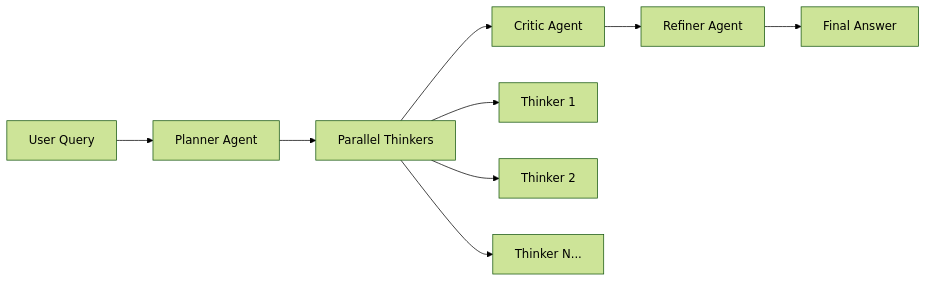
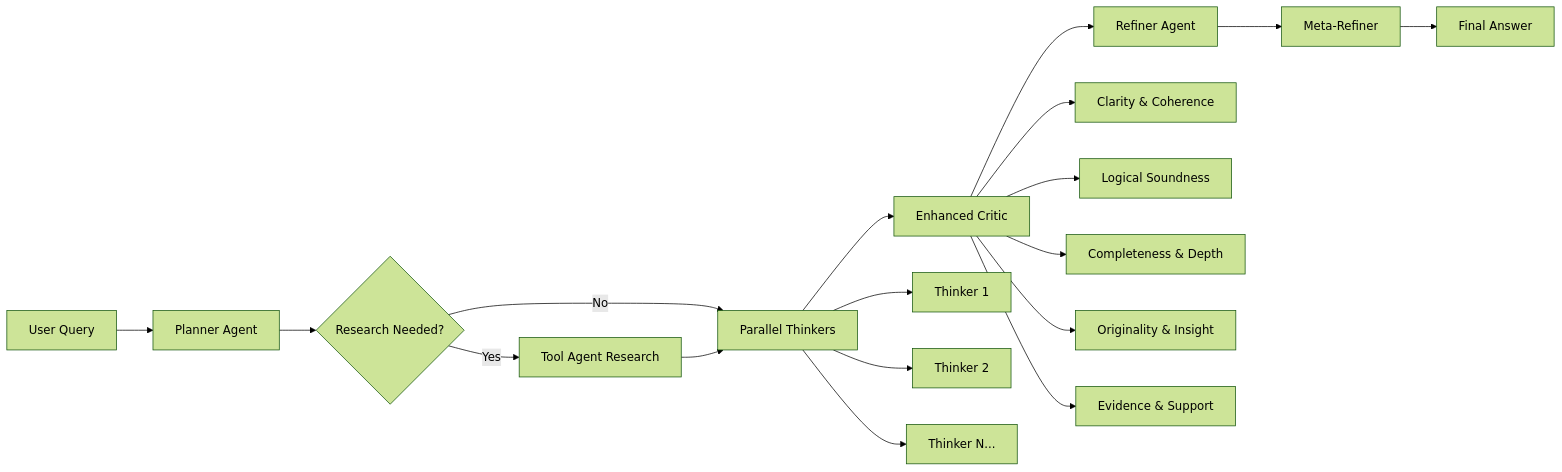
Before and after one commit to sanky369/open-deepthink: the diagram in README.md, drawn with Mermaid (forest theme). The commit also changed other lines of this file and 11 other files, not shown here.

First line of the commit message:
feat: Implement enhanced Deep Think v2.0 with tool integration and meta refinement

````diff
--- a/README.md
+++ b/README.md
@@ -16,12 +24,22 @@
 ```mermaid
 graph LR
     A[User Query] --> B[Planner Agent]
-    B --> C[Parallel Thinkers]
-    C --> D[Critic Agent]
+    B --> B1{Research Needed?}
+    B1 -->|Yes| R[Tool Agent Research]
+    B1 -->|No| C[Parallel Thinkers]
+    R --> C
+    C --> D[Enhanced Critic]
     D --> E[Refiner Agent]
-    E --> F[Final Answer]
+    E --> M[Meta-Refiner]
+    M --> F[Final Answer]
     
     C --> C1[Thinker 1]
     C --> C2[Thinker 2]
     C --> C3[Thinker N...]
+    
+    D --> D1[Clarity & Coherence]
+    D --> D2[Logical Soundness]
+    D --> D3[Completeness & Depth]
+    D --> D4[Originality & Insight]
+    D --> D5[Evidence & Support]
 ```
````
